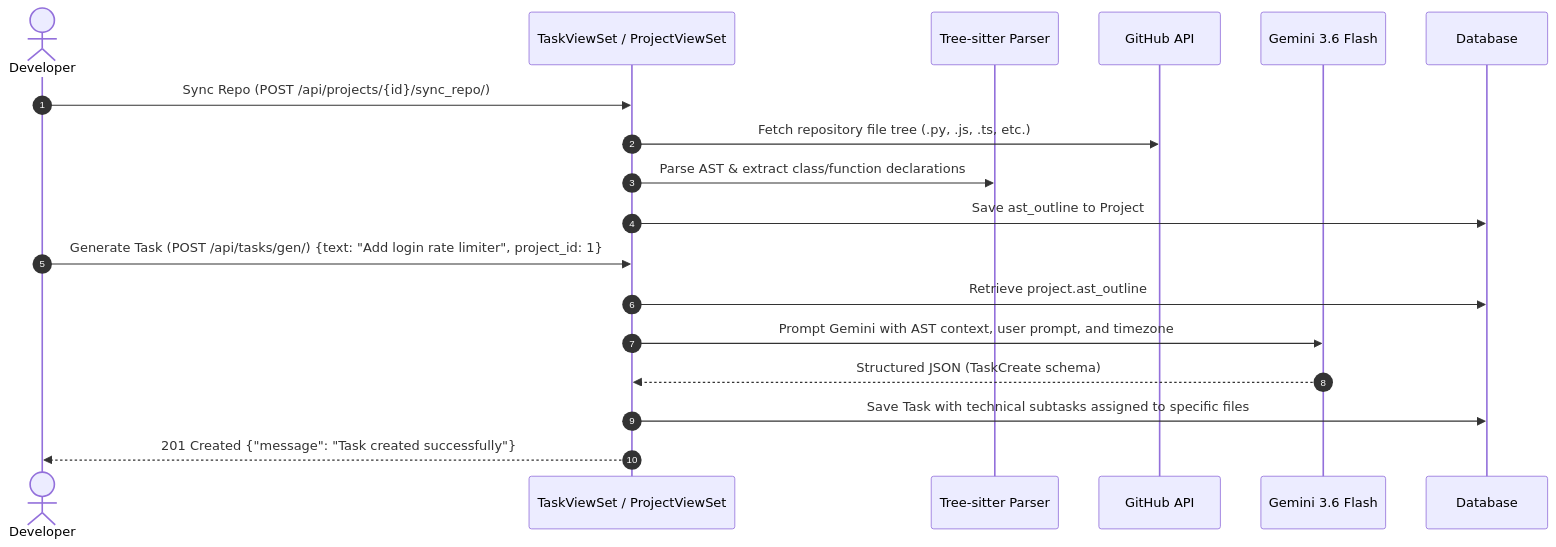
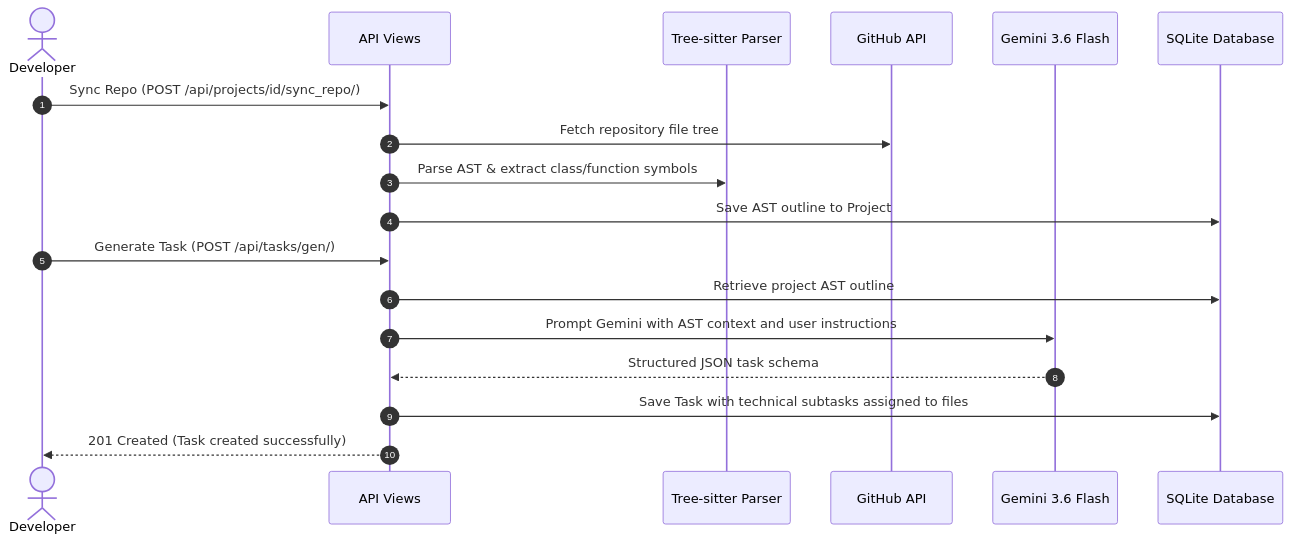
Before and after one commit to moromorad/taskode-deploy: the third of 3 diagrams in README.md, drawn with Mermaid. The commit also changed other lines of this file, not shown here.

````diff
--- a/README.md
+++ b/README.md
@@ -180,22 +203,22 @@
 ```mermaid
 sequenceDiagram
     autonumber
     actor Dev as Developer
-    participant View as TaskViewSet / ProjectViewSet
+    participant View as API Views
     participant TS as Tree-sitter Parser
     participant GH as GitHub API
     participant AI as Gemini 3.6 Flash
-    participant DB as Database
+    participant DB as SQLite Database
     
-    Dev->>View: Sync Repo (POST /api/projects/{id}/sync_repo/)
-    View->>GH: Fetch repository file tree (.py, .js, .ts, etc.)
-    View->>TS: Parse AST & extract class/function declarations
-    View->>DB: Save ast_outline to Project
+    Dev->>View: Sync Repo (POST /api/projects/id/sync_repo/)
+    View->>GH: Fetch repository file tree
+    View->>TS: Parse AST & extract class/function symbols
+    View->>DB: Save AST outline to Project
     
-    Dev->>View: Generate Task (POST /api/tasks/gen/) {text: "Add login rate limiter", project_id: 1}
-    View->>DB: Retrieve project.ast_outline
-    View->>AI: Prompt Gemini with AST context, user prompt, and timezone
-    AI-->>View: Structured JSON (TaskCreate schema)
-    View->>DB: Save Task with technical subtasks assigned to specific files
-    View-->>Dev: 201 Created {"message": "Task created successfully"}
+    Dev->>View: Generate Task (POST /api/tasks/gen/)
+    View->>DB: Retrieve project AST outline
+    View->>AI: Prompt Gemini with AST context and user instructions
+    AI-->>View: Structured JSON task schema
+    View->>DB: Save Task with technical subtasks assigned to files
+    View-->>Dev: 201 Created (Task created successfully)
 ```
````
